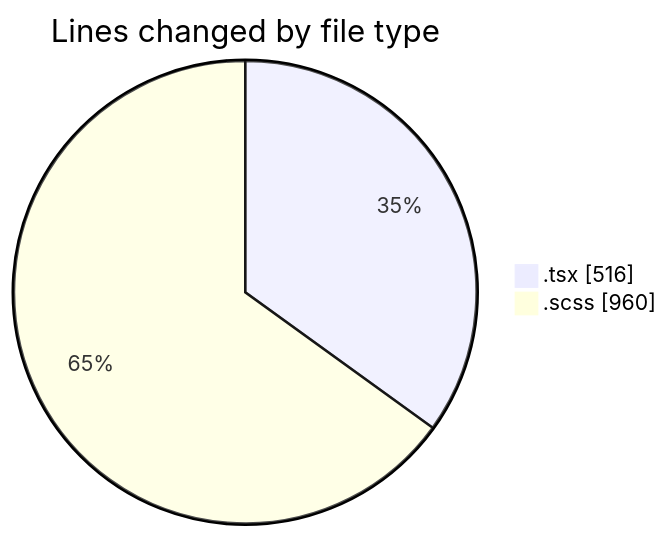
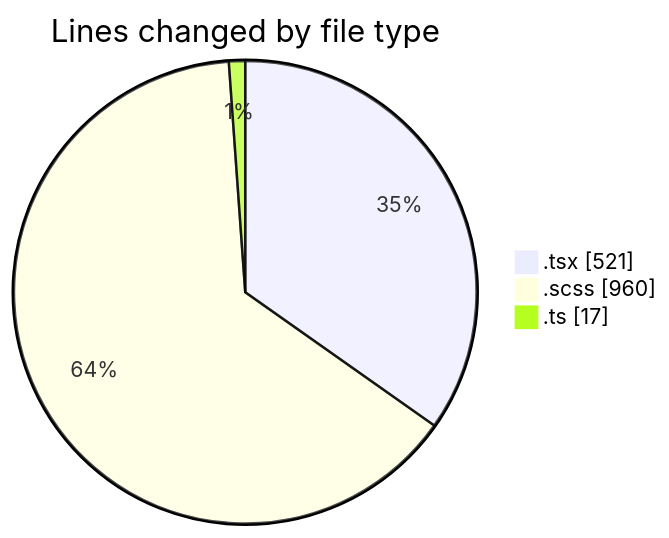
Before and after one commit to momahboobian/code-tracking: the first of 2 diagrams in 2025-09-19/cda/README.md, drawn with Mermaid. The commit also changed other lines of this file and 1 other file, not shown here.

````diff
--- a/2025-09-19/cda/README.md
+++ b/2025-09-19/cda/README.md
@@ -22,6 +23,7 @@
 ```mermaid
 pie showData
 title Lines changed by file type
-".tsx" : 516
+".tsx" : 521
 ".scss" : 960
+".ts" : 17
 ```
````
